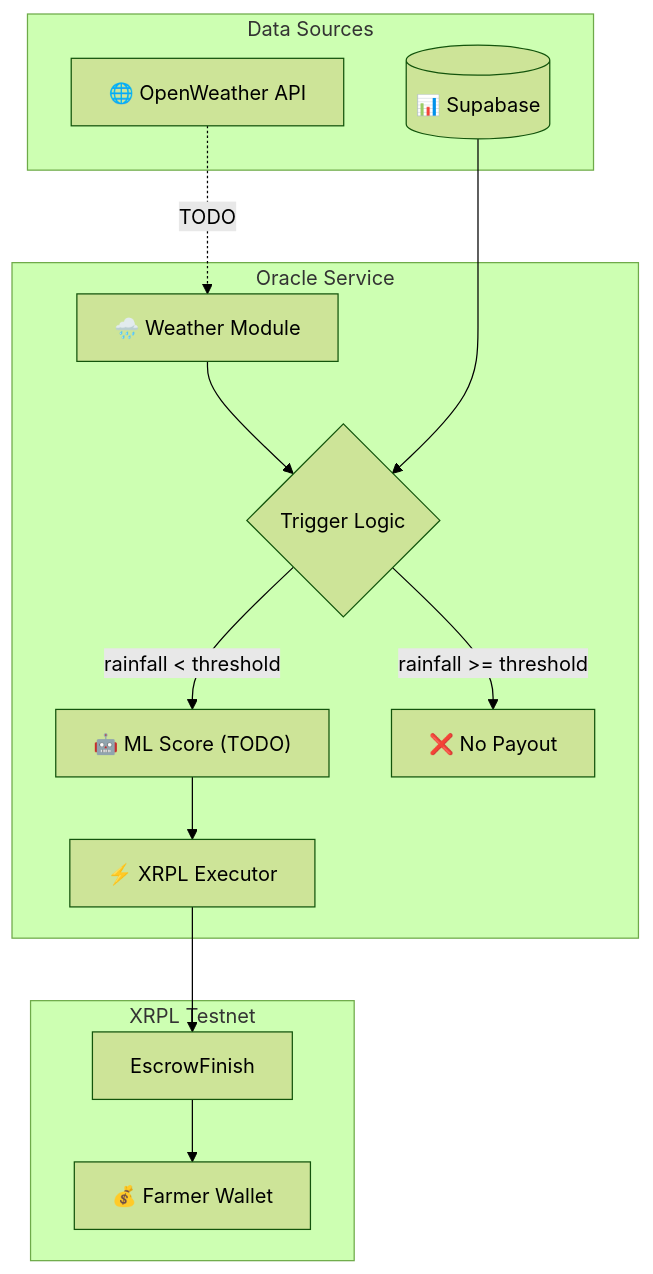
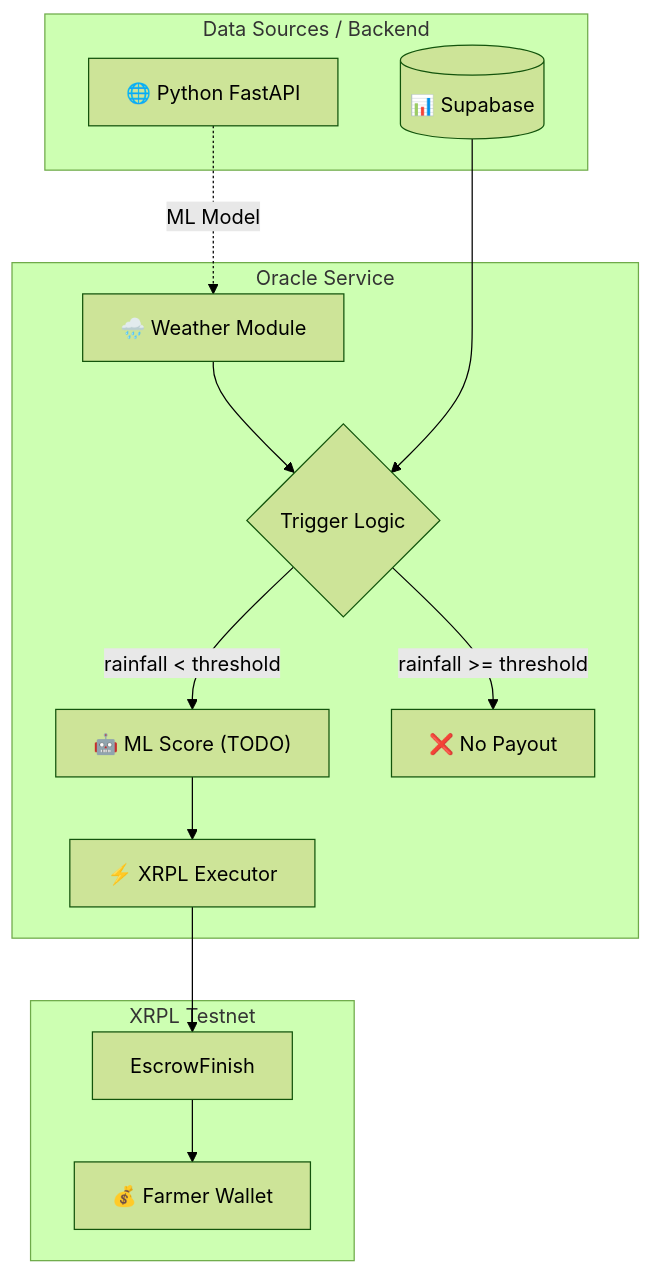
The fifth of 6 diagrams in README.md (ianp-1/Canopy), drawn with Mermaid (forest theme) before and after one commit. The commit also changed other lines of this file and 23 other files, not shown here.

Commit message:
feat: Add Python AI Oracle backend with Docker support and update related oracle logic and documentation.

````diff
--- a/README.md
+++ b/README.md
@@ -275,19 +296,19 @@
 ```mermaid
 flowchart TB
     subgraph Oracle["Oracle Service"]
         WM["🌧️ Weather Module"] --> TL{"Trigger Logic"}
         TL -->|"rainfall < threshold"| ML["🤖 ML Score (TODO)"]
         ML --> XE["⚡ XRPL Executor"]
         TL -->|"rainfall >= threshold"| NO["❌ No Payout"]
     end
     
-    subgraph External["Data Sources"]
-        API["🌐 OpenWeather API"] -.->|"TODO"| WM
+    subgraph External["Data Sources / Backend"]
+        API["🌐 Python FastAPI"] -.->|"ML Model"| WM
         DB[("📊 Supabase")] --> TL
     end
     
     subgraph Ledger["XRPL Testnet"]
         XE --> EF["EscrowFinish"]
         EF --> F["💰 Farmer Wallet"]
     end
 ```
````
